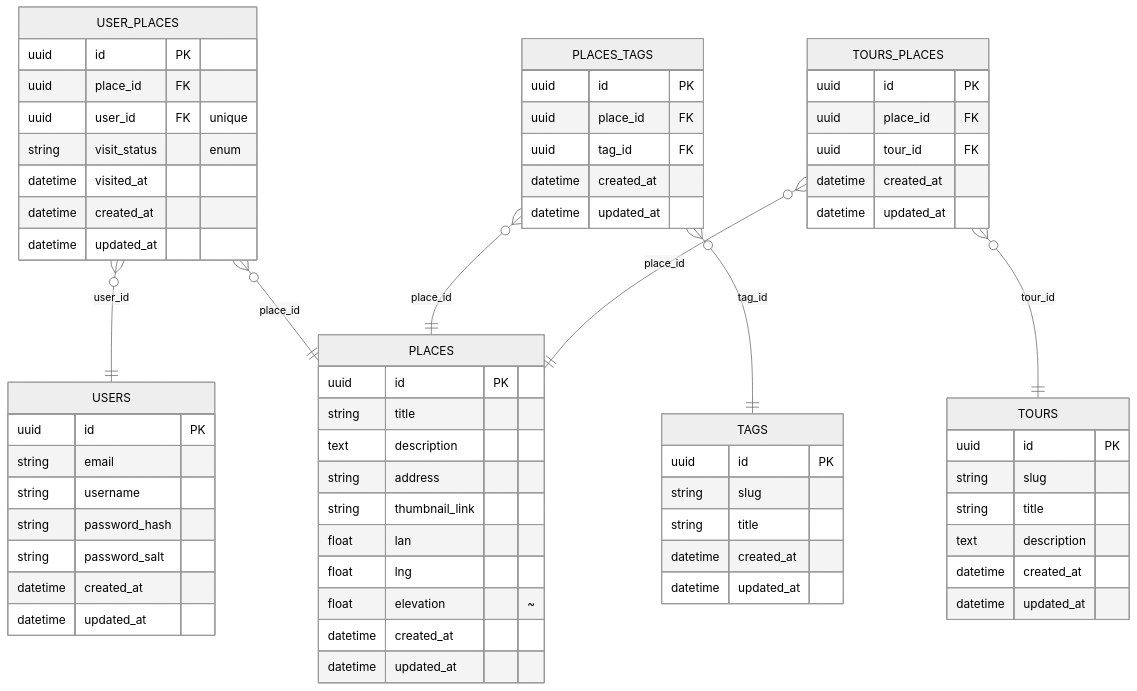
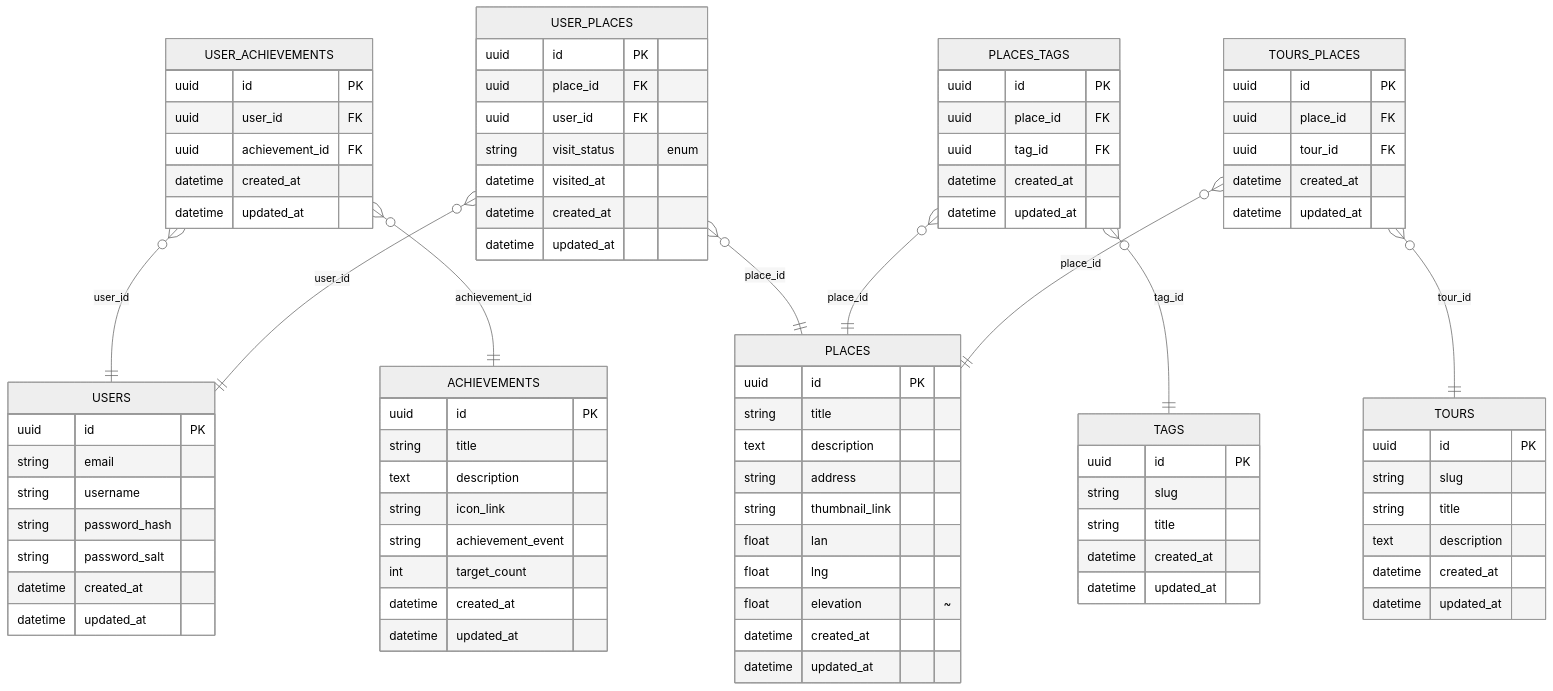
One commit to luiqor/krokwalk changed the diagram in readme.md. Above: the diagram before and after it, drawn with Mermaid (neutral theme). The commit also changed 2 other files, not shown here.

Commit message:
add achievements tables

````diff
--- a/readme.md
+++ b/readme.md
@@ -5,5 +5,28 @@
 ```mermaid
 erDiagram
+    ACHIEVEMENTS {
+        uuid id PK
+        string title
+        text description
+        string icon_link
+        string achievement_event
+        int target_count
+        datetime created_at
+        datetime updated_at
+    }
+
+
+    %% UNIQUE(user_id, place_id)
+    USER_ACHIEVEMENTS {
+        uuid id PK
+        uuid user_id FK
+        uuid achievement_id FK
+        datetime created_at
+        datetime updated_at
+    }
+    USER_ACHIEVEMENTS }o--|| USERS : "user_id"
+    USER_ACHIEVEMENTS }o--|| ACHIEVEMENTS : "achievement_id"
+
     USERS {
         uuid id PK
         string email
@@ -44,12 +67,11 @@
         datetime updated_at
     }
 
+    %% UNIQUE(user_id, place_id)
     USER_PLACES {
         uuid id PK
         uuid place_id FK
-        uuid user_id FK "unique"
-        %% boolean is_visited
-        %% datetime visit_confirmed_at "~"
+        uuid user_id FK
         string visit_status "enum"
         datetime visited_at
         datetime created_at
@@ -57,6 +79,7 @@
     }
     USER_PLACES }o--|| USERS : "user_id"
     USER_PLACES }o--|| PLACES : "place_id"
+
 
     PLACES_TAGS {
         uuid id PK
````
